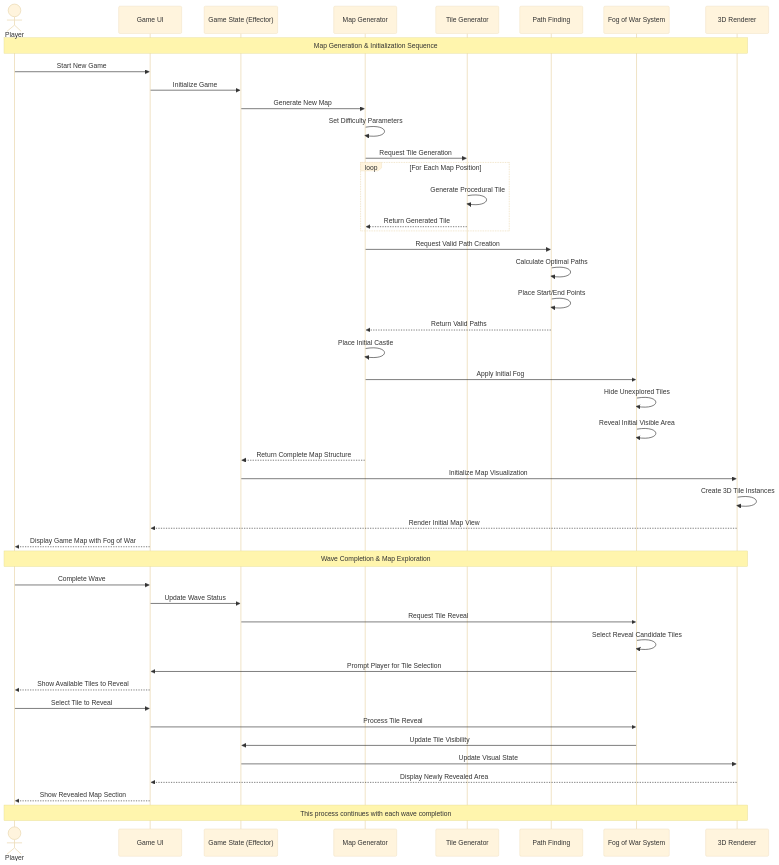
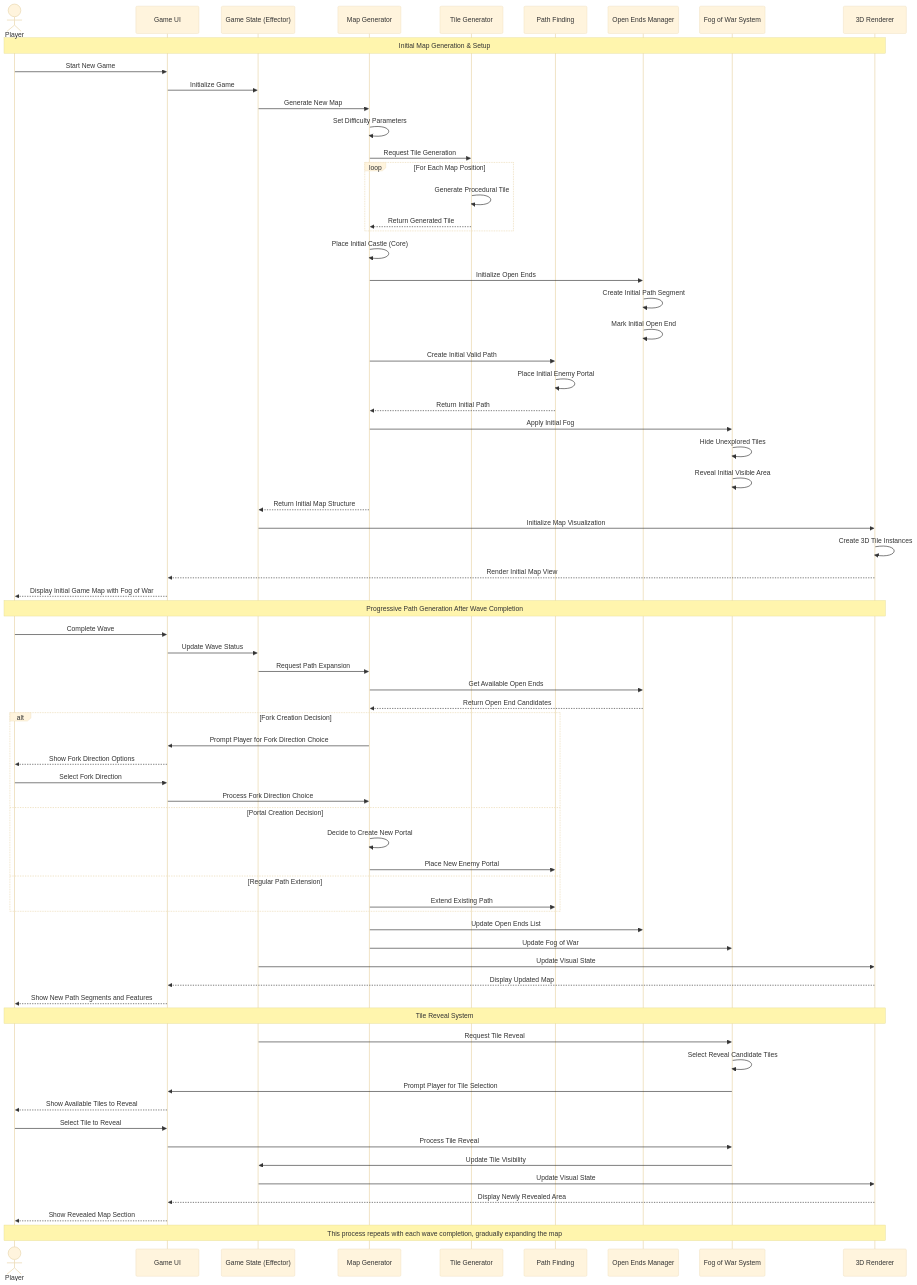
Before and after one commit to bruno-candia/pantanopolis: the diagram in Arch Documentation/MapGenerationInitializationSequence/index.mermaid, drawn with Mermaid (base theme). The commit also changed other lines of this file and 14 other files, not shown here.

Commit message:
feat: rename game to Auride Defense and add pathfinding system architecture

```diff
--- a/Arch Documentation/MapGenerationInitializationSequence/index.mermaid
+++ b/Arch Documentation/MapGenerationInitializationSequence/index.mermaid
@@ -1,47 +1,72 @@
 sequenceDiagram
   actor Player as Player
   participant GameUI as Game UI
   participant GameState as Game State (Effector)
   participant MapGenerator as Map Generator
   participant TileGenerator as Tile Generator
   participant PathFinder as Path Finding
+  participant OpenEnds as Open Ends Manager
   participant FogOfWar as Fog of War System
   participant Renderer as 3D Renderer
 
-  Note over Player, Renderer: Map Generation & Initialization Sequence
+  Note over Player, Renderer: Initial Map Generation & Setup
   Player ->> GameUI: Start New Game
   GameUI ->> GameState: Initialize Game
   GameState ->> MapGenerator: Generate New Map
   MapGenerator ->> MapGenerator: Set Difficulty Parameters
   MapGenerator ->> TileGenerator: Request Tile Generation
   loop For Each Map Position
     TileGenerator ->> TileGenerator: Generate Procedural Tile
     TileGenerator -->> MapGenerator: Return Generated Tile
   end
-  MapGenerator ->> PathFinder: Request Valid Path Creation
-  PathFinder ->> PathFinder: Calculate Optimal Paths
-  PathFinder ->> PathFinder: Place Start/End Points
-  PathFinder -->> MapGenerator: Return Valid Paths
-  MapGenerator ->> MapGenerator: Place Initial Castle
+  MapGenerator ->> MapGenerator: Place Initial Castle (Core)
+  MapGenerator ->> OpenEnds: Initialize Open Ends
+  OpenEnds ->> OpenEnds: Create Initial Path Segment
+  OpenEnds ->> OpenEnds: Mark Initial Open End
+  MapGenerator ->> PathFinder: Create Initial Valid Path
+  PathFinder ->> PathFinder: Place Initial Enemy Portal
+  PathFinder -->> MapGenerator: Return Initial Path
   MapGenerator ->> FogOfWar: Apply Initial Fog
   FogOfWar ->> FogOfWar: Hide Unexplored Tiles
   FogOfWar ->> FogOfWar: Reveal Initial Visible Area
-  MapGenerator -->> GameState: Return Complete Map Structure
+  MapGenerator -->> GameState: Return Initial Map Structure
   GameState ->> Renderer: Initialize Map Visualization
   Renderer ->> Renderer: Create 3D Tile Instances
   Renderer -->> GameUI: Render Initial Map View
-  GameUI -->> Player: Display Game Map with Fog of War
-  Note over Player, Renderer: Wave Completion & Map Exploration
+  GameUI -->> Player: Display Initial Game Map with Fog of War
+  
+  Note over Player, Renderer: Progressive Path Generation After Wave Completion
   Player ->> GameUI: Complete Wave
   GameUI ->> GameState: Update Wave Status
+  GameState ->> MapGenerator: Request Path Expansion
+  MapGenerator ->> OpenEnds: Get Available Open Ends
+  OpenEnds -->> MapGenerator: Return Open End Candidates
+  alt Fork Creation Decision
+    MapGenerator ->> GameUI: Prompt Player for Fork Direction Choice
+    GameUI -->> Player: Show Fork Direction Options
+    Player ->> GameUI: Select Fork Direction
+    GameUI ->> MapGenerator: Process Fork Direction Choice
+  else Portal Creation Decision
+    MapGenerator ->> MapGenerator: Decide to Create New Portal
+    MapGenerator ->> PathFinder: Place New Enemy Portal
+  else Regular Path Extension
+    MapGenerator ->> PathFinder: Extend Existing Path
+  end
+  MapGenerator ->> OpenEnds: Update Open Ends List
+  MapGenerator ->> FogOfWar: Update Fog of War
+  GameState ->> Renderer: Update Visual State
+  Renderer -->> GameUI: Display Updated Map
+  GameUI -->> Player: Show New Path Segments and Features
+  
+  Note over Player, Renderer: Tile Reveal System
   GameState ->> FogOfWar: Request Tile Reveal
   FogOfWar ->> FogOfWar: Select Reveal Candidate Tiles
   FogOfWar ->> GameUI: Prompt Player for Tile Selection
   GameUI -->> Player: Show Available Tiles to Reveal
   Player ->> GameUI: Select Tile to Reveal
   GameUI ->> FogOfWar: Process Tile Reveal
   FogOfWar ->> GameState: Update Tile Visibility
   GameState ->> Renderer: Update Visual State
   Renderer -->> GameUI: Display Newly Revealed Area
   GameUI -->> Player: Show Revealed Map Section
-  Note over Player, Renderer: This process continues with each wave completion
+  Note over Player, Renderer: This process repeats with each wave completion, gradually expanding the map
```
